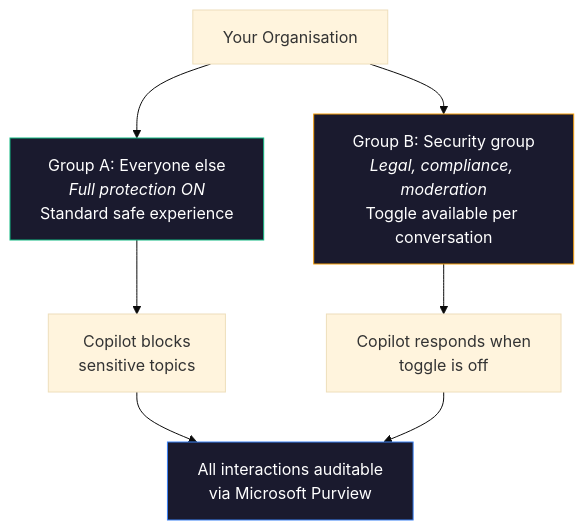
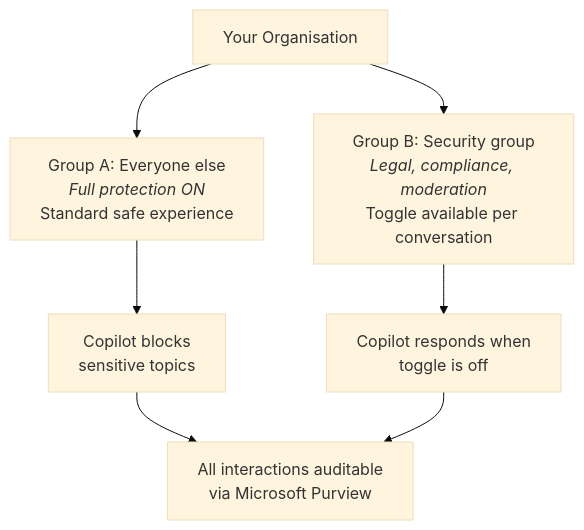
One commit to susanthgit/aguidetocloud-revamp changed the third of 4 diagrams in content/blog/microsoft-365-copilot-content-safety-controls-complete-guide-for-admins.md. Above: the diagram before and after it, drawn with Mermaid (base theme). The commit also changed other lines of this file and 553 other files, not shown here.

First line of the commit message:
🌸 Z17: Zen Mermaid diagrams — Stripe Docs style

````diff
--- a/content/blog/microsoft-365-copilot-content-safety-controls-complete-guide-for-admins.md
+++ b/content/blog/microsoft-365-copilot-content-safety-controls-complete-guide-for-admins.md
@@ -210,15 +203,12 @@
 ```mermaid
 flowchart TD
     A["Your Organisation"] --> B["Group A: Everyone else<br/><i>Full protection ON</i><br/>Standard safe experience"]
     A --> C["Group B: Security group<br/><i>Legal, compliance, moderation</i><br/>Toggle available per conversation"]
     
     B --> D["Copilot blocks<br/>sensitive topics"]
     C --> E["Copilot responds when<br/>toggle is off"]
     
     D --> F["All interactions auditable<br/>via Microsoft Purview"]
     E --> F
     
-    style B fill:#1a1a2e,stroke:#10B981,color:#fff
-    style C fill:#1a1a2e,stroke:#F59E0B,color:#fff
-    style F fill:#1a1a2e,stroke:#3B82F6,color:#fff
 ```
````
